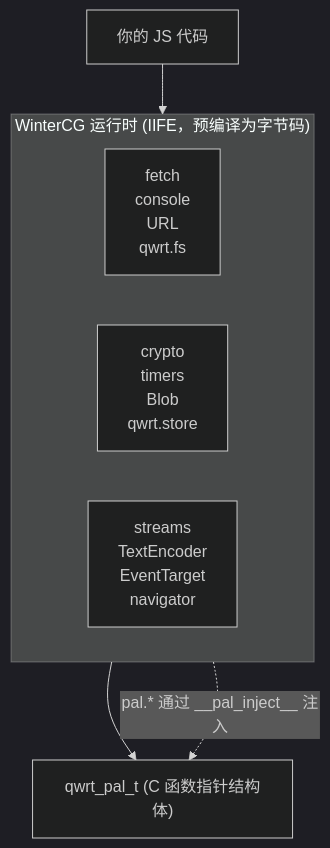
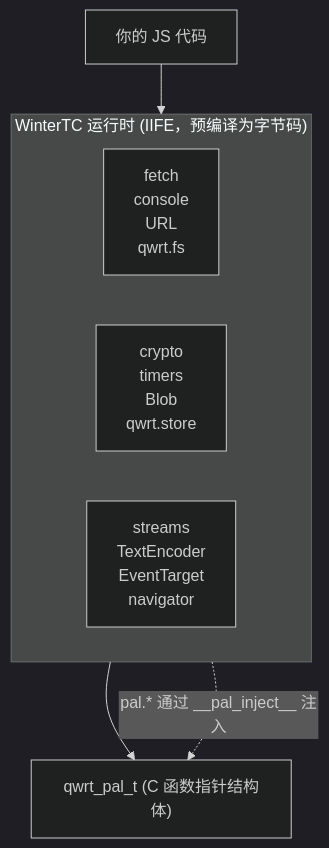
Before and after one commit to adam-ikari/qwrt: the diagram in docs/zh/js-api/index.md, drawn with Mermaid (dark theme). The commit also changed other lines of this file and 67 other files, not shown here.

````diff
--- a/docs/zh/js-api/index.md
+++ b/docs/zh/js-api/index.md
@@ -12,12 +12,12 @@
 ```mermaid
 flowchart TB
     A["你的 JS 代码"] --> B
-    subgraph B["WinterCG 运行时 (IIFE，预编译为字节码)"]
+    subgraph B["WinterTC 运行时 (IIFE，预编译为字节码)"]
         direction LR
         C["fetch<br/>console<br/>URL<br/>qwrt.fs"]
         D["crypto<br/>timers<br/>Blob<br/>qwrt.store"]
         E["streams<br/>TextEncoder<br/>EventTarget<br/>navigator"]
     end
     B --> F["qwrt_pal_t (C 函数指针结构体)"]
     B -.->|pal.* 通过 __pal_inject__ 注入| F
 ```
````
